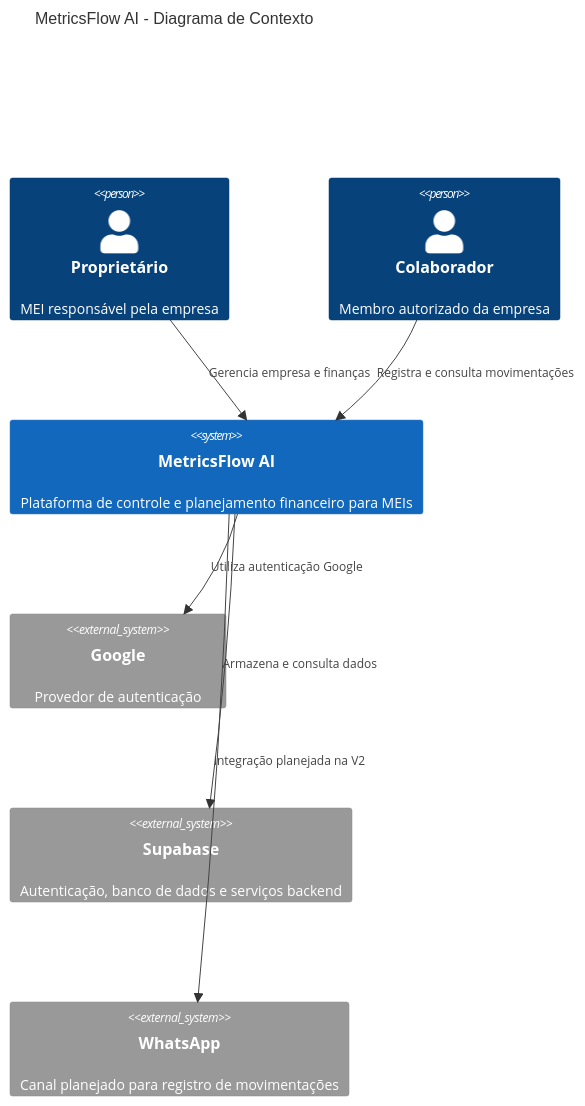
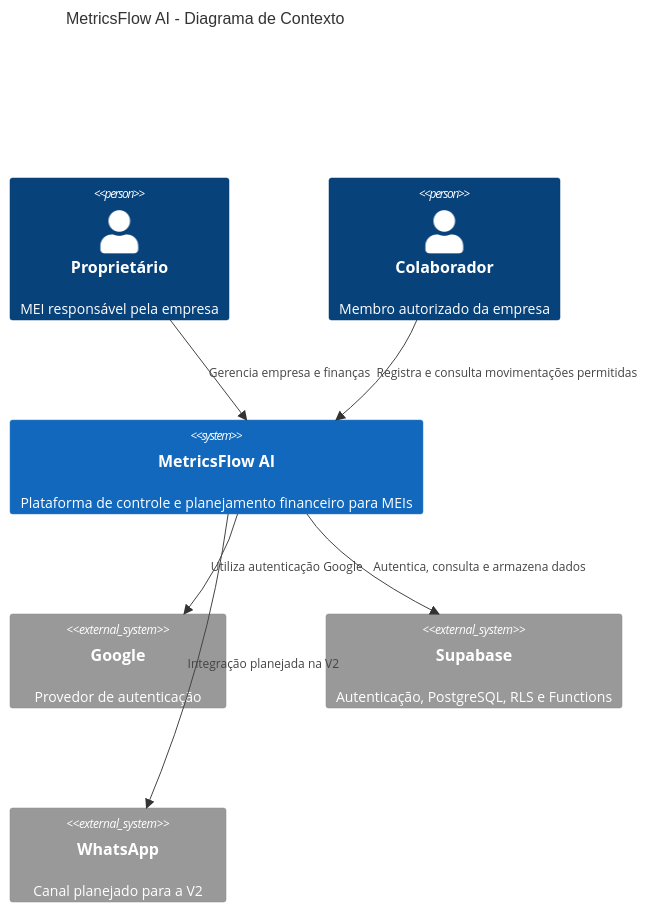
One commit to Rayck4dev/MetricsFlow_AI changed the fifth of 6 diagrams in README.md. Above: the diagram before and after it, drawn with Mermaid. The commit also changed other lines of this file and 1 other file, not shown here.

````diff
--- a/README.md
+++ b/README.md
@@ -878,21 +858,19 @@
 ```mermaid
 C4Context
-
     title MetricsFlow AI - Diagrama de Contexto
 
     Person(owner, "Proprietário", "MEI responsável pela empresa")
     Person(collaborator, "Colaborador", "Membro autorizado da empresa")
 
     System(metricsflow, "MetricsFlow AI", "Plataforma de controle e planejamento financeiro para MEIs")
 
     System_Ext(google, "Google", "Provedor de autenticação")
-    System_Ext(supabase, "Supabase", "Autenticação, banco de dados e serviços backend")
-    System_Ext(whatsapp, "WhatsApp", "Canal planejado para registro de movimentações")
+    System_Ext(supabase, "Supabase", "Autenticação, PostgreSQL, RLS e Functions")
+    System_Ext(whatsapp, "WhatsApp", "Canal planejado para a V2")
 
     Rel(owner, metricsflow, "Gerencia empresa e finanças")
-    Rel(collaborator, metricsflow, "Registra e consulta movimentações")
-
+    Rel(collaborator, metricsflow, "Registra e consulta movimentações permitidas")
     Rel(metricsflow, google, "Utiliza autenticação Google")
-    Rel(metricsflow, supabase, "Armazena e consulta dados")
+    Rel(metricsflow, supabase, "Autentica, consulta e armazena dados")
     Rel(metricsflow, whatsapp, "Integração planejada na V2")
 ```
````
